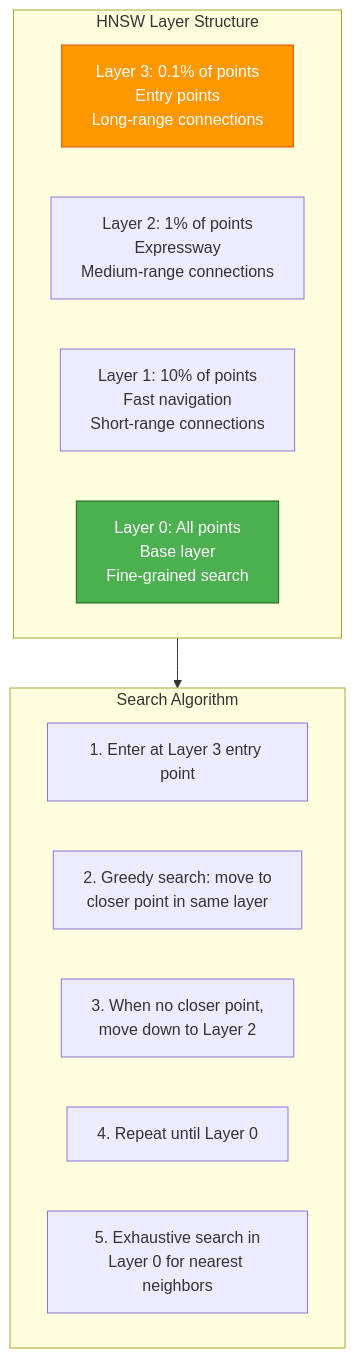
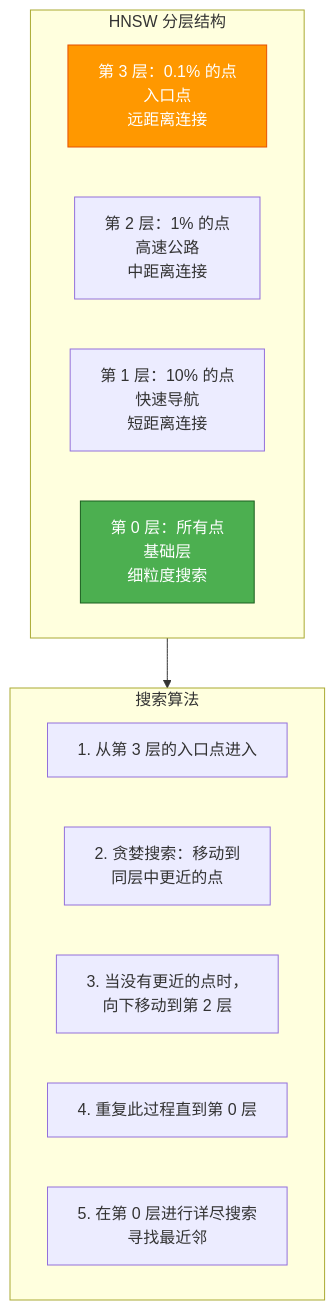
Before and after one commit to YiWang24/AiDIY: the fifth of 14 diagrams in i18n/zh-Hans/docusaurus-plugin-content-docs/current/ai/rag/03-index.mdx, drawn with Mermaid. The commit also changed other lines of this file and 59 other files, not shown here.

````diff
--- a/i18n/zh-Hans/docusaurus-plugin-content-docs/current/ai/rag/03-index.mdx
+++ b/i18n/zh-Hans/docusaurus-plugin-content-docs/current/ai/rag/03-index.mdx
@@ -275,22 +275,22 @@
 ```mermaid
 flowchart TB
-    subgraph Layers["HNSW Layer Structure"]
-        L3["Layer 3: 0.1% of points<br/>Entry points<br/>Long-range connections"]
-        L2["Layer 2: 1% of points<br/>Expressway<br/>Medium-range connections"]
-        L1["Layer 1: 10% of points<br/>Fast navigation<br/>Short-range connections"]
-        L0["Layer 0: All points<br/>Base layer<br/>Fine-grained search"]
+    subgraph Layers["HNSW 分层结构"]
+        L3["第 3 层：0.1% 的点<br/>入口点<br/>远距离连接"]
+        L2["第 2 层：1% 的点<br/>高速公路<br/>中距离连接"]
+        L1["第 1 层：10% 的点<br/>快速导航<br/>短距离连接"]
+        L0["第 0 层：所有点<br/>基础层<br/>细粒度搜索"]
     end
 
-    subgraph Search["Search Algorithm"]
-        S1["1. Enter at Layer 3 entry point"]
-        S2["2. Greedy search: move to<br/>closer point in same layer"]
-        S3["3. When no closer point,<br/>move down to Layer 2"]
-        S4["4. Repeat until Layer 0"]
-        S5["5. Exhaustive search in<br/>Layer 0 for nearest neighbors"]
+    subgraph Search["搜索算法"]
+        S1["1. 从第 3 层的入口点进入"]
+        S2["2. 贪婪搜索：移动到<br/>同层中更近的点"]
+        S3["3. 当没有更近的点时，<br/>向下移动到第 2 层"]
+        S4["4. 重复此过程直到第 0 层"]
+        S5["5. 在第 0 层进行详尽搜索<br/>寻找最近邻"]
     end
 
     Layers --> Search
 
     style L3 fill:#ff9800,stroke:#e65100,color:#fff
     style L0 fill:#4caf50,stroke:#1b5e20,color:#fff
 ```
````
